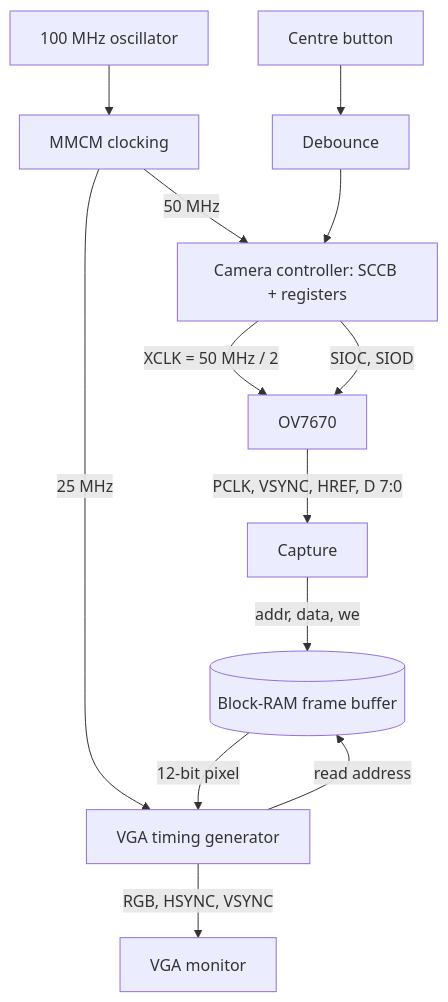
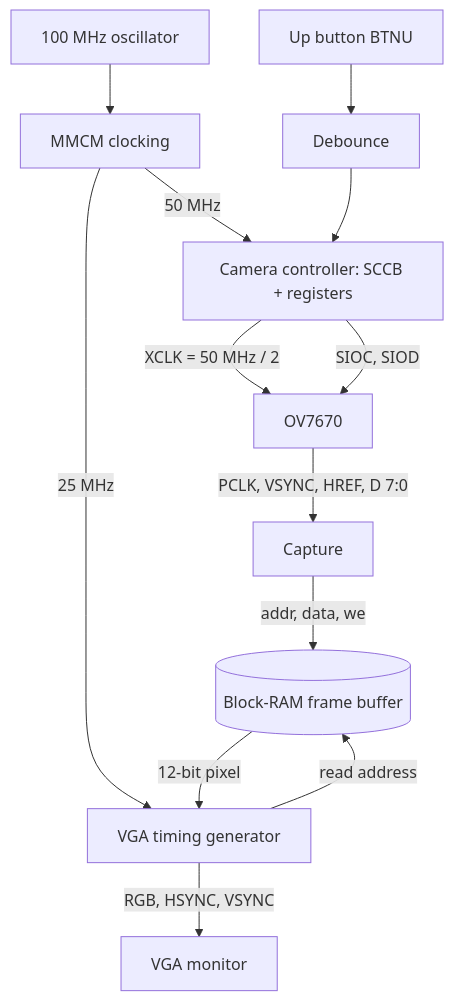
Before and after one commit to pavan2415001/ov7670-zedboard-vga: the diagram in ov7670-zedboard-vga/README.md, drawn with Mermaid. The commit also changed other lines of this file, not shown here.

````diff
--- a/ov7670-zedboard-vga/README.md
+++ b/ov7670-zedboard-vga/README.md
@@ -58,14 +68,14 @@
 ```mermaid
 graph TD
     CLK100[100 MHz oscillator] --> MMCM[MMCM clocking]
     MMCM -->|50 MHz| CTRL[Camera controller: SCCB + registers]
     MMCM -->|25 MHz| VGA[VGA timing generator]
     CTRL -->|XCLK = 50 MHz / 2| CAM[OV7670]
     CTRL -->|SIOC, SIOD| CAM
     CAM -->|PCLK, VSYNC, HREF, D 7:0| CAP[Capture]
     CAP -->|addr, data, we| BRAM[(Block-RAM frame buffer)]
     VGA -->|read address| BRAM
     BRAM -->|12-bit pixel| VGA
     VGA -->|RGB, HSYNC, VSYNC| MON[VGA monitor]
-    BTN[Centre button] --> DEB[Debounce] --> CTRL
+    BTN[Up button BTNU] --> DEB[Debounce] --> CTRL
 ```
````
